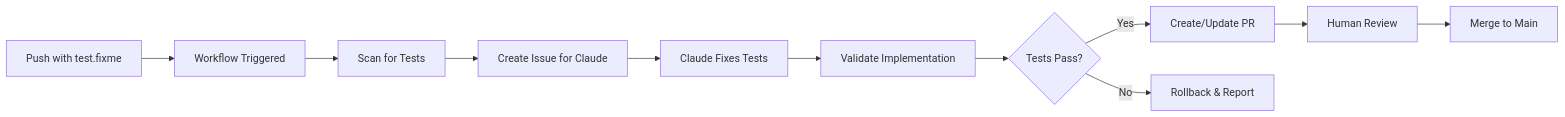
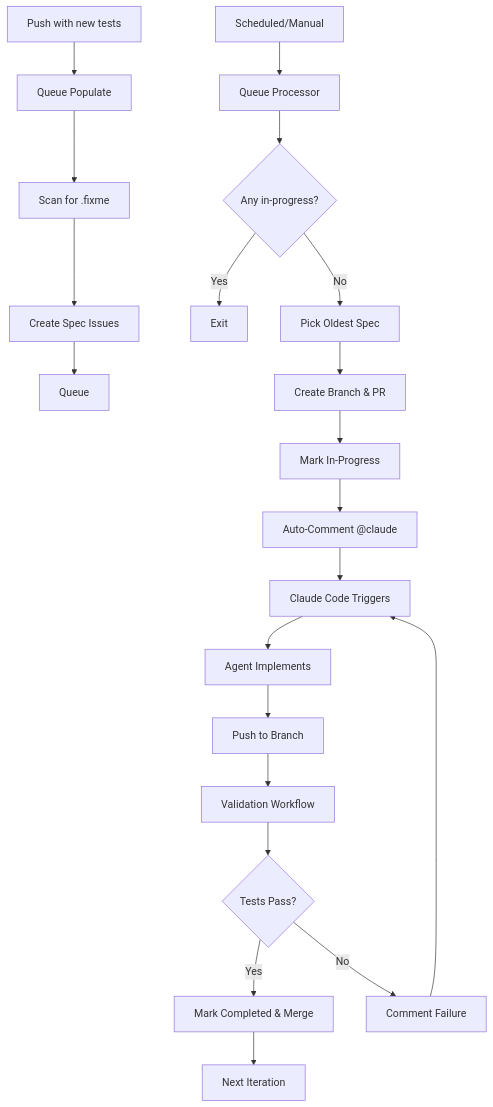
The diagram in docs/development/tdd-automation-pipeline.md (omnera-dev/omnera-v2), drawn with Mermaid before and after one commit. The commit also changed other lines of this file and 27 other files, not shown here.

First line of the commit message:
feat: implement fully automated TDD queue with Claude Code auto-invocation

````diff
--- a/docs/development/tdd-automation-pipeline.md
+++ b/docs/development/tdd-automation-pipeline.md
@@ -9,13 +9,23 @@
 ```mermaid
-graph LR
-    A[Push with test.fixme] --> B[Workflow Triggered]
-    B --> C[Scan for Tests]
-    C --> D[Create Issue for Claude]
-    D --> E[Claude Fixes Tests]
-    E --> F[Validate Implementation]
-    F --> G{Tests Pass?}
-    G -->|Yes| H[Create/Update PR]
-    G -->|No| I[Rollback & Report]
-    H --> J[Human Review]
-    J --> K[Merge to Main]
+graph TD
+    A[Push with new tests] --> B[Queue Populate]
+    B --> C[Scan for .fixme]
+    C --> D[Create Spec Issues]
+    D --> E[Queue]
+    F[Scheduled/Manual] --> G[Queue Processor]
+    G --> H{Any in-progress?}
+    H -->|Yes| I[Exit]
+    H -->|No| J[Pick Oldest Spec]
+    J --> K[Create Branch & PR]
+    K --> L[Mark In-Progress]
+    L --> LA[Auto-Comment @claude]
+    LA --> M[Claude Code Triggers]
+    M --> N[Agent Implements]
+    N --> O[Push to Branch]
+    O --> P[Validation Workflow]
+    P --> Q{Tests Pass?}
+    Q -->|Yes| R[Mark Completed & Merge]
+    Q -->|No| S[Comment Failure]
+    S --> M
+    R --> T[Next Iteration]
 ```
````
